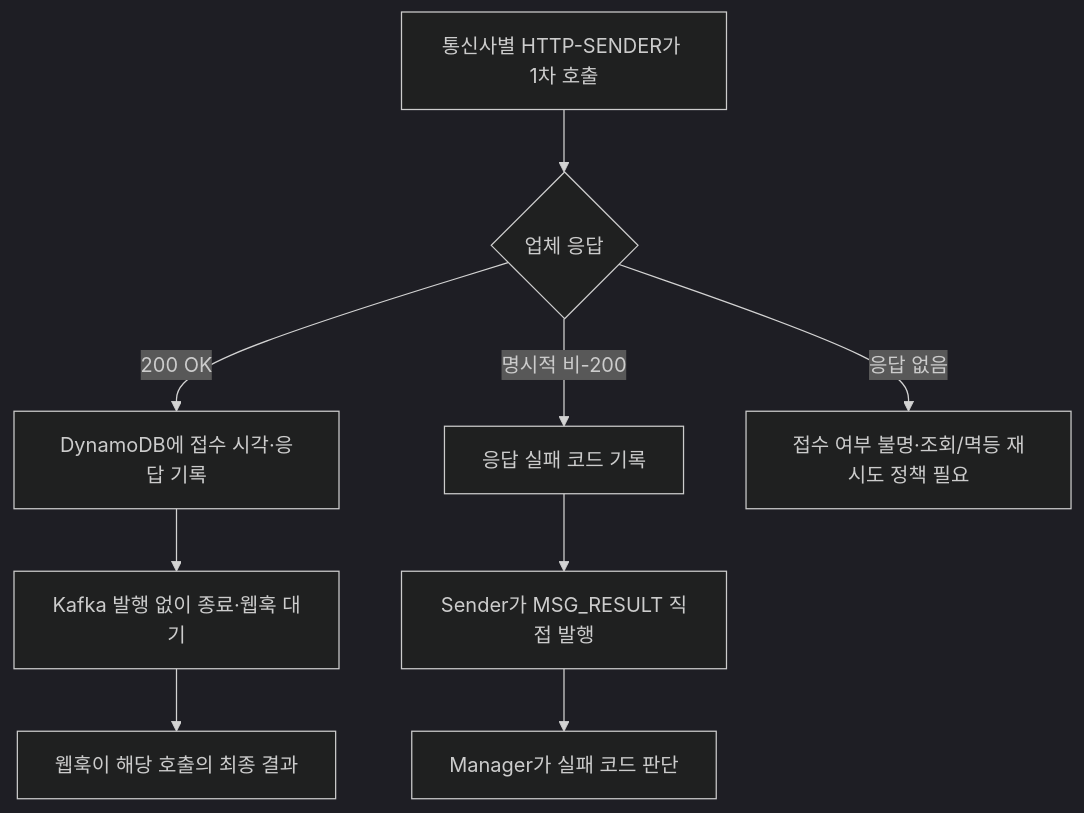
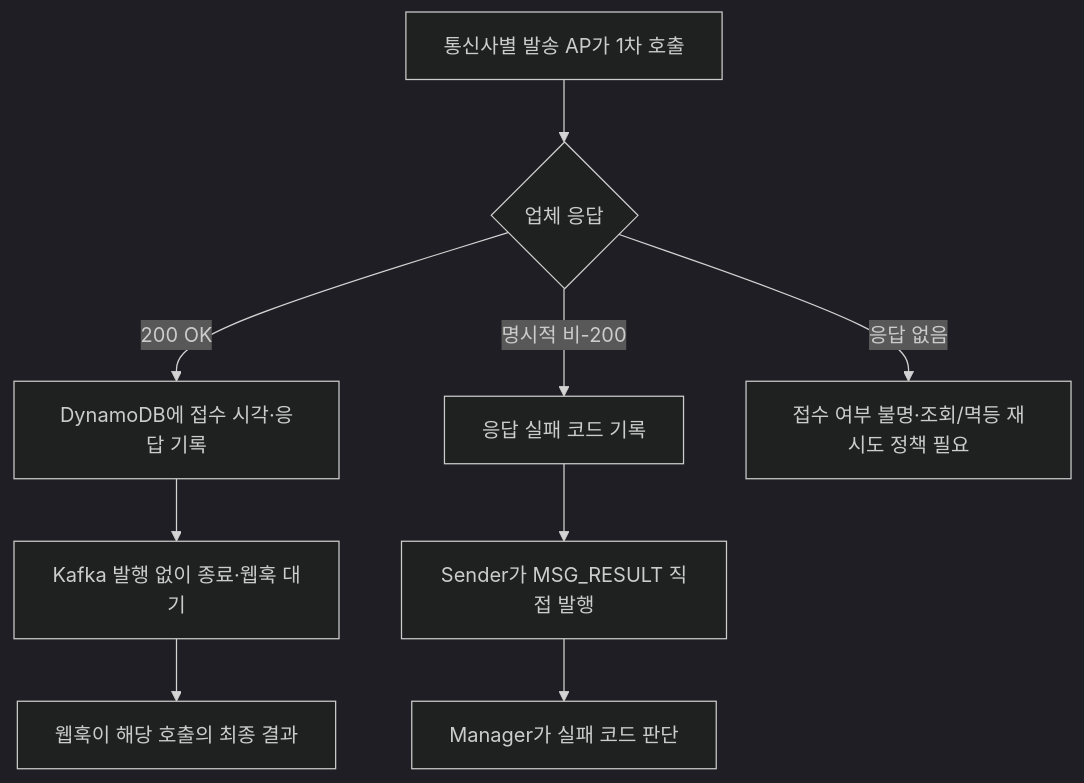
Before and after one commit to hyun-seung/High-throughput-event-platform: the sixth of 10 diagrams in docs/53-신규-메시지-케이스별-Call-Flow.md, drawn with Mermaid (dark theme). The commit also changed other lines of this file and 6 other files, not shown here.

````diff
--- a/docs/53-신규-메시지-케이스별-Call-Flow.md
+++ b/docs/53-신규-메시지-케이스별-Call-Flow.md
@@ -169,11 +182,11 @@
 ```mermaid
 flowchart TD
-    S[통신사별 HTTP-SENDER가 1차 호출] --> R{업체 응답}
+    S[통신사별 발송 AP가 1차 호출] --> R{업체 응답}
     R -->|200 OK| A[DynamoDB에 접수 시각·응답 기록]
     A --> W[Kafka 발행 없이 종료·웹훅 대기]
     W --> H[웹훅이 해당 호출의 최종 결과]
     R -->|명시적 비-200| F[응답 실패 코드 기록]
     F --> K[Sender가 MSG_RESULT 직접 발행]
     K --> M[Manager가 실패 코드 판단]
     R -->|응답 없음| U[접수 여부 불명·조회/멱등 재시도 정책 필요]
 ```
````
